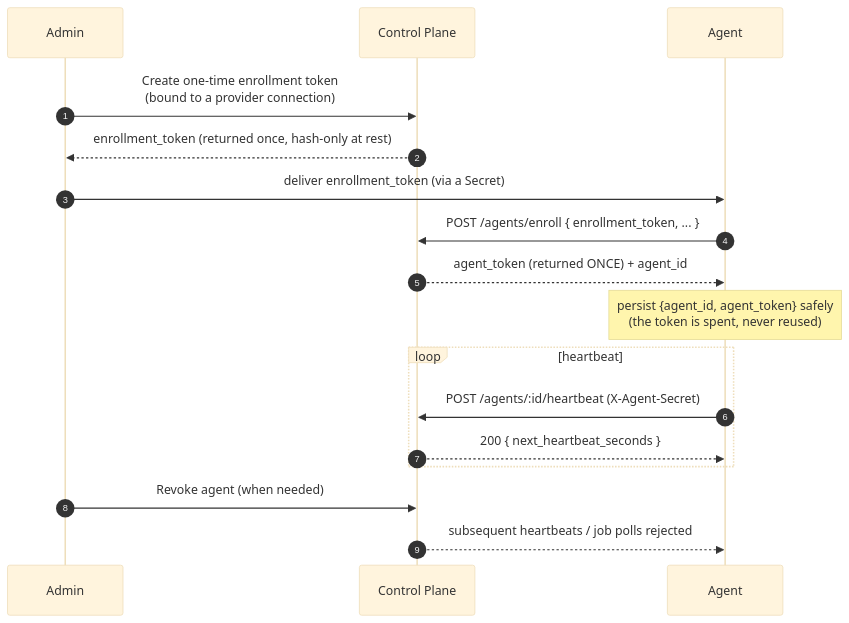
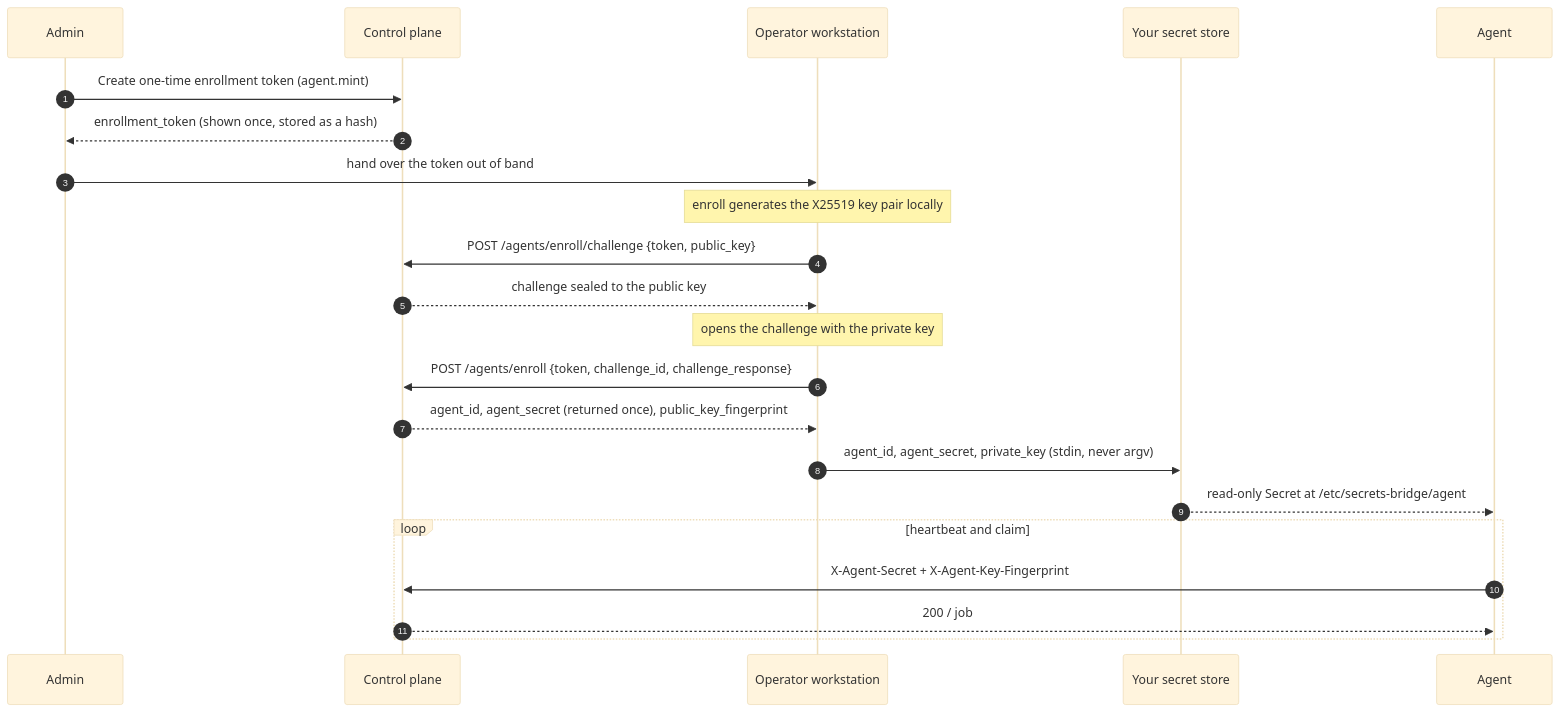
Before and after one commit to secrets-bridge/docs: the first of 2 diagrams in docs/operations/agent-onboarding.md, drawn with Mermaid (base theme). The commit also changed other lines of this file and 13 other files, not shown here.

````diff
--- a/docs/operations/agent-onboarding.md
+++ b/docs/operations/agent-onboarding.md
@@ -15,19 +32,24 @@
 ```mermaid
 sequenceDiagram
     autonumber
     participant Admin
-    participant CP as Control Plane
+    participant CP as Control plane
+    participant Op as Operator workstation
+    participant Store as Your secret store
     participant Agent
-    Admin->>CP: Create one-time enrollment token<br/>(bound to a provider connection)
-    CP-->>Admin: enrollment_token (returned once, hash-only at rest)
-    Admin->>Agent: deliver enrollment_token (via a Secret)
-    Agent->>CP: POST /agents/enroll { enrollment_token, ... }
-    CP-->>Agent: agent_token (returned ONCE) + agent_id
-    Note over Agent: persist {agent_id, agent_token} safely<br/>(the token is spent, never reused)
-    loop heartbeat
-        Agent->>CP: POST /agents/:id/heartbeat (X-Agent-Secret)
-        CP-->>Agent: 200 { next_heartbeat_seconds }
+    Admin->>CP: Create one-time enrollment token (agent.mint)
+    CP-->>Admin: enrollment_token (shown once, stored as a hash)
+    Admin->>Op: hand over the token out of band
+    Note over Op: enroll generates the X25519 key pair locally
+    Op->>CP: POST /agents/enroll/challenge {token, public_key}
+    CP-->>Op: challenge sealed to the public key
+    Note over Op: opens the challenge with the private key
+    Op->>CP: POST /agents/enroll {token, challenge_id, challenge_response}
+    CP-->>Op: agent_id, agent_secret (returned once), public_key_fingerprint
+    Op->>Store: agent_id, agent_secret, private_key (stdin, never argv)
+    Store-->>Agent: read-only Secret at /etc/secrets-bridge/agent
+    loop heartbeat and claim
+        Agent->>CP: X-Agent-Secret + X-Agent-Key-Fingerprint
+        CP-->>Agent: 200 / job
     end
-    Admin->>CP: Revoke agent (when needed)
-    CP-->>Agent: subsequent heartbeats / job polls rejected
 ```
````
